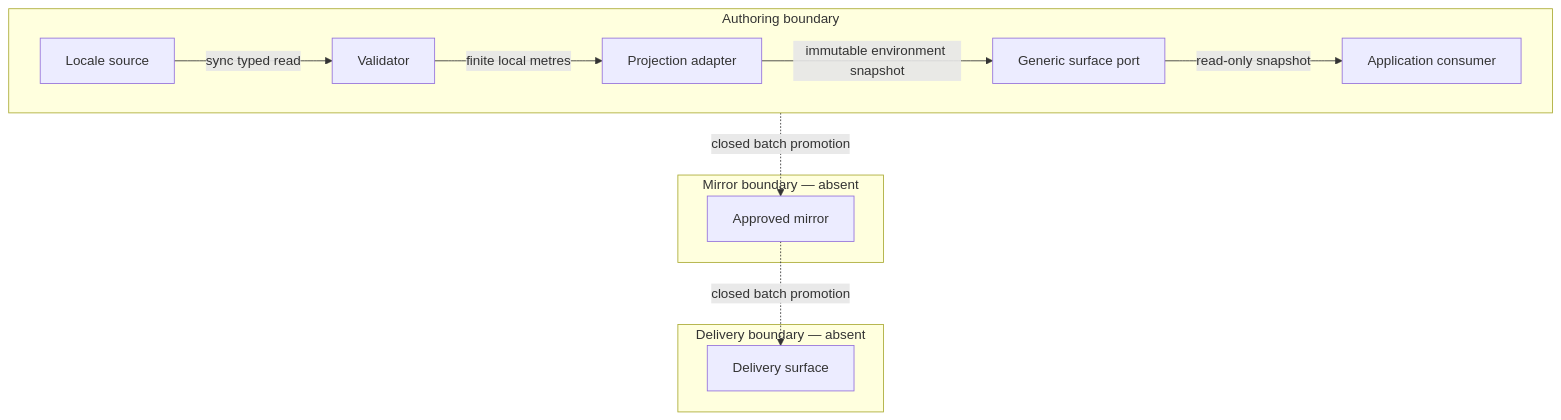
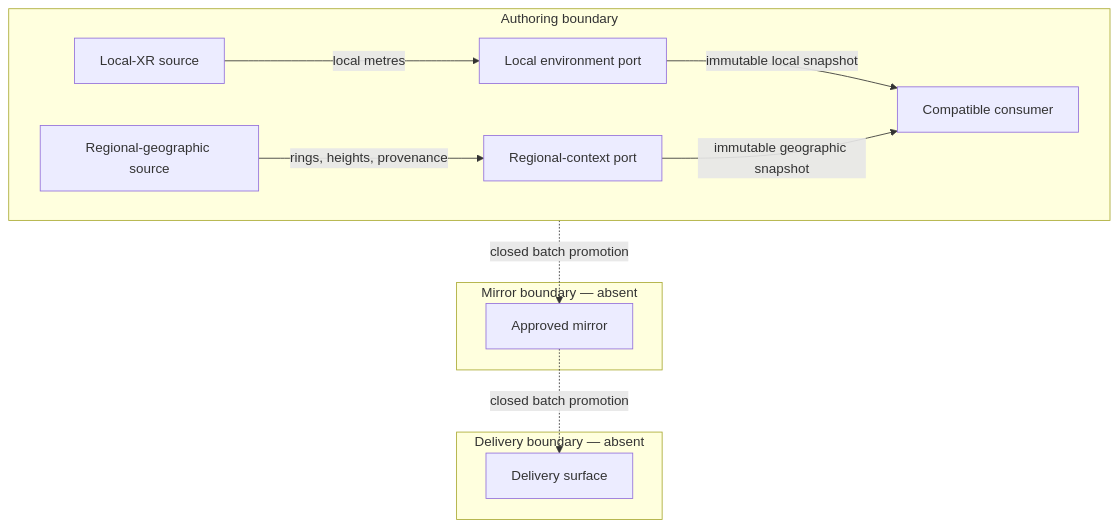
Before and after one commit to huijoohwee/agentic-graph: the diagram in docs/documents/knowgrph-adm0-singapore-prd-tad-ard.companion.md, drawn with Mermaid. The commit also changed other lines of this file and 39 other files, not shown here.

````diff
--- a/docs/documents/knowgrph-adm0-singapore-prd-tad-ard.companion.md
+++ b/docs/documents/knowgrph-adm0-singapore-prd-tad-ard.companion.md
@@ -320,17 +305,17 @@
 ```mermaid
 flowchart TB
   subgraph A["Authoring boundary"]
-    Source["Locale source"] -->|sync typed read| Validate["Validator"]
-    Validate -->|finite local metres| Project["Projection adapter"]
-    Project -->|immutable environment snapshot| Surface["Generic surface port"]
-    Surface -->|read-only snapshot| Consumer["Application consumer"]
+    Local["Local-XR source"] -->|local metres| LocalPort["Local environment port"]
+    Regional["Regional-geographic source"] -->|rings, heights, provenance| RegionalPort["Regional-context port"]
+    LocalPort -->|immutable local snapshot| Consumer["Compatible consumer"]
+    RegionalPort -->|immutable geographic snapshot| Consumer
   end
   subgraph M["Mirror boundary — absent"]
     Mirror["Approved mirror"]
   end
   subgraph D["Delivery boundary — absent"]
     Delivery["Delivery surface"]
   end
   A -. "closed batch promotion" .-> Mirror
   Mirror -. "closed batch promotion" .-> Delivery
 ```
````
